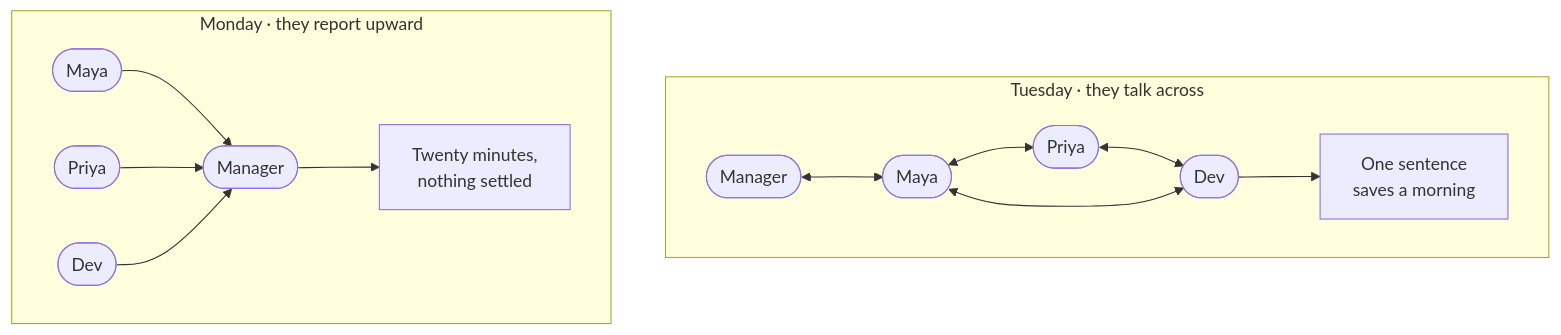
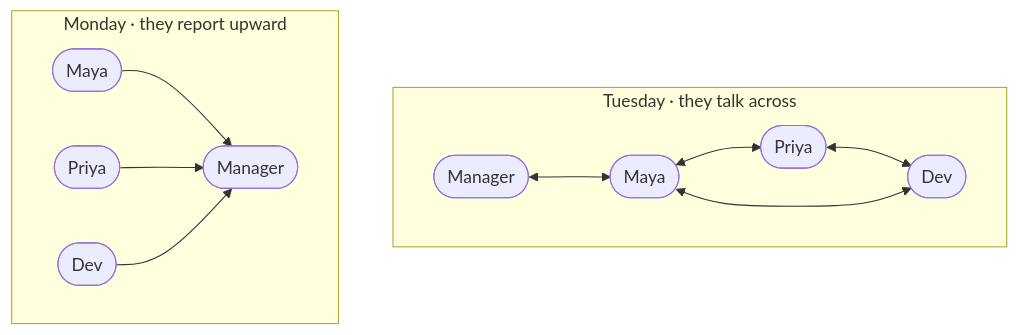
One commit to Laticent/lattice changed the first of 32 diagrams in examples/system-design-foundations.md. Above: the diagram before and after it, drawn with Mermaid. The commit also changed other lines of this file and 2 other files, not shown here.

````diff
--- a/examples/system-design-foundations.md
+++ b/examples/system-design-foundations.md
@@ -237,18 +237,16 @@
 ```mermaid
 flowchart TB
   subgraph tue["Tuesday · they talk across"]
     direction LR
     T1(["Maya"]) <--> T2(["Priya"])
     T2 <--> T3(["Dev"])
     T1 <--> T3
     T4(["Manager"]) <--> T1
-    T3 --> OUT2["One sentence<br/>saves a morning"]
   end
   subgraph mon["Monday · they report upward"]
     direction LR
     M1(["Maya"]) --> MM(["Manager"])
     M2(["Priya"]) --> MM
     M3(["Dev"]) --> MM
-    MM --> OUT1["Twenty minutes,<br/>nothing settled"]
   end
 ```
````
